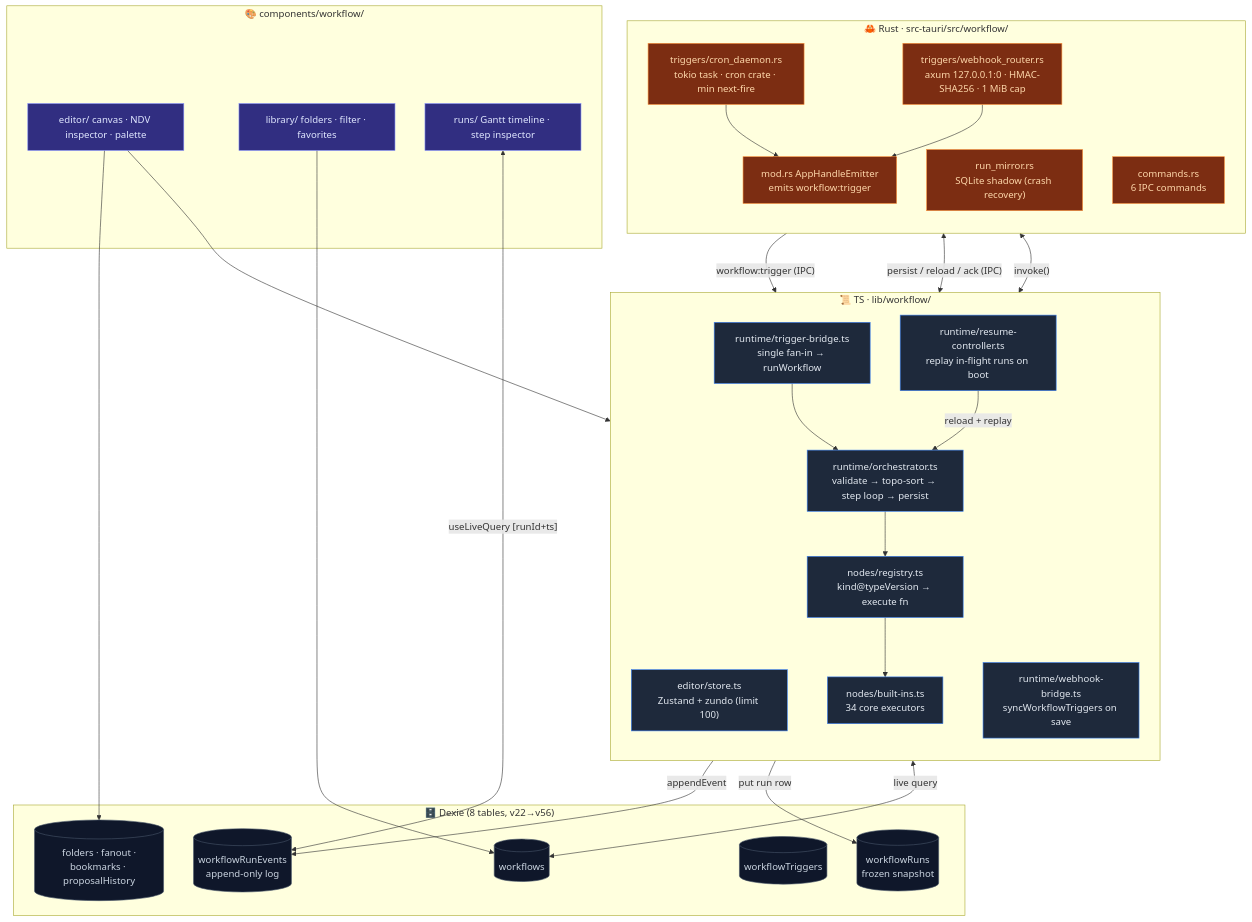
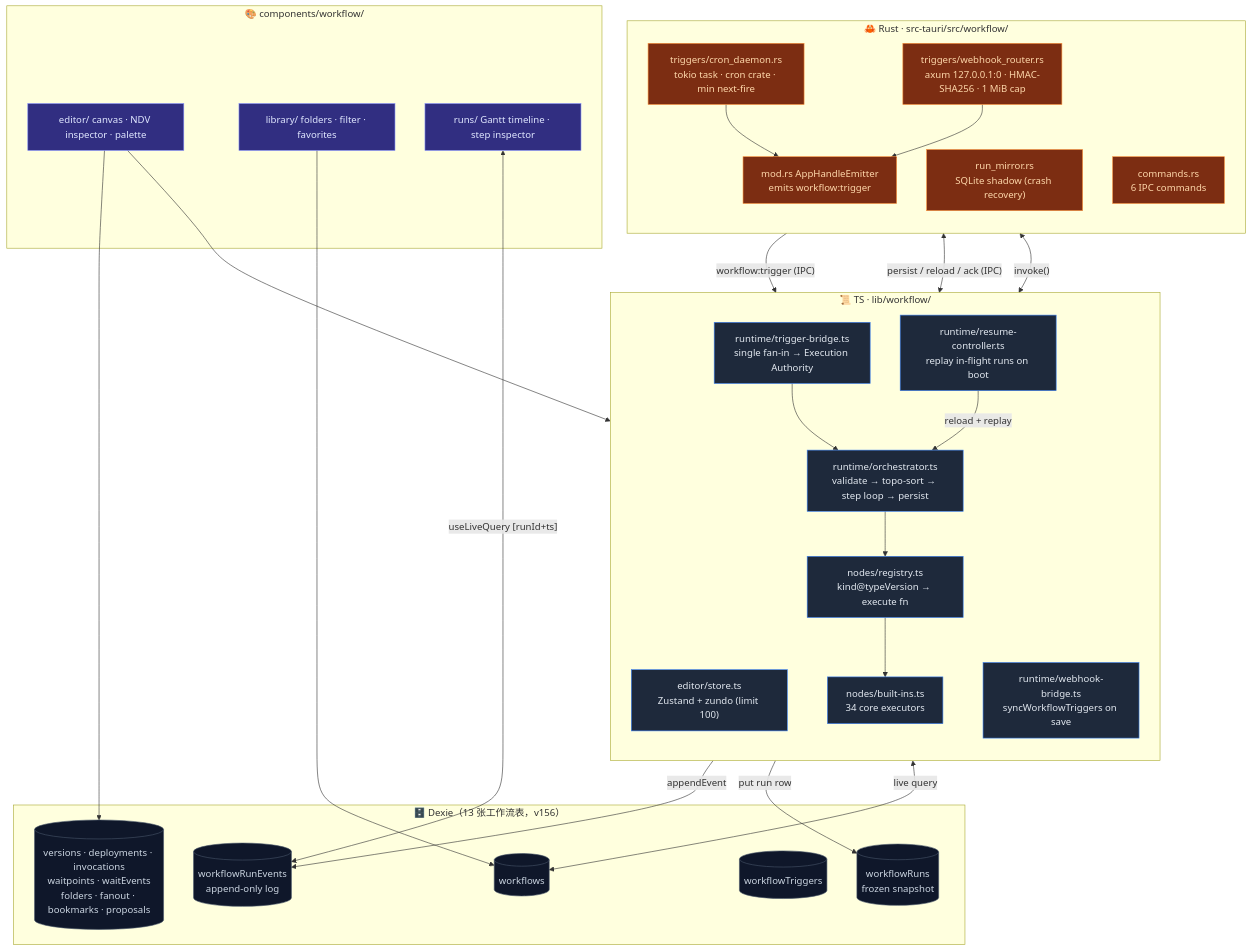
The diagram in docs/content/docs/zh/subsystems/visual-workflows/index.mdx (MaxQian888/cognia-next), drawn with Mermaid before and after one commit. The commit also changed other lines of this file and 93 other files, not shown here.

First line of the commit message:
feat(workflow): persist governed execution state

````diff
--- a/docs/content/docs/zh/subsystems/visual-workflows/index.mdx
+++ b/docs/content/docs/zh/subsystems/visual-workflows/index.mdx
@@ -46,63 +46,63 @@
 ```mermaid
 flowchart TB
   subgraph Rust["🦀 Rust · src-tauri/src/workflow/"]
     direction TB
     Cron["triggers/cron_daemon.rs<br/>tokio task · cron crate · min next-fire"]
     Webhook["triggers/webhook_router.rs<br/>axum 127.0.0.1:0 · HMAC-SHA256 · 1 MiB cap"]
     Mirror["run_mirror.rs<br/>SQLite shadow (crash recovery)"]
     Commands["commands.rs<br/>6 IPC commands"]
     Emitter["mod.rs AppHandleEmitter<br/>emits workflow:trigger"]
   end
 
   subgraph TS["📜 TS · lib/workflow/"]
     direction TB
     Editor["editor/store.ts<br/>Zustand + zundo (limit 100)"]
     Orchestrator["runtime/orchestrator.ts<br/>validate → topo-sort → step loop → persist"]
     Registry["nodes/registry.ts<br/>kind@typeVersion → execute fn"]
     BuiltIns["nodes/built-ins.ts<br/>34 core executors"]
-    TriggerBridge["runtime/trigger-bridge.ts<br/>single fan-in → runWorkflow"]
+    TriggerBridge["runtime/trigger-bridge.ts<br/>single fan-in → Execution Authority"]
     WebhookBridge["runtime/webhook-bridge.ts<br/>syncWorkflowTriggers on save"]
     Resume["runtime/resume-controller.ts<br/>replay in-flight runs on boot"]
   end
 
-  subgraph Storage["🗄️ Dexie (8 tables, v22→v56)"]
+  subgraph Storage["🗄️ Dexie（13 张工作流表，v156）"]
     Workflows[(workflows)]
     Runs[(workflowRuns<br/>frozen snapshot)]
     Events[(workflowRunEvents<br/>append-only log)]
     Triggers[(workflowTriggers)]
-    Aux[(folders · fanout ·<br/>bookmarks · proposalHistory)]
+    Aux[(versions · deployments · invocations<br/>waitpoints · waitEvents<br/>folders · fanout · bookmarks · proposals)]
   end
 
   subgraph UI["🎨 components/workflow/"]
     Canvas["editor/ canvas · NDV inspector · palette"]
     Library["library/ folders · filter · favorites"]
     Runs2["runs/ Gantt timeline · step inspector"]
   end
 
   Cron --> Emitter
   Webhook --> Emitter
   Emitter -- "workflow:trigger (IPC)" --> TriggerBridge
   Mirror <-- "persist / reload / ack (IPC)" --> Orchestrator
   Commands <-- "invoke()" --> WebhookBridge
 
   TriggerBridge --> Orchestrator
   Orchestrator --> Registry --> BuiltIns
   Orchestrator -- "appendEvent" --> Events
   Orchestrator -- "put run row" --> Runs
   Resume -- "reload + replay" --> Orchestrator
   Editor <-- "live query" --> Workflows
   Runs2 <-- "useLiveQuery [runId+ts]" --> Events
 
   Canvas --> Editor
   Library --> Workflows
   Canvas --> Aux
 
   classDef rust fill:#7c2d12,stroke:#fb923c,color:#fed7aa
   classDef ts fill:#1e293b,stroke:#3b82f6,color:#e2e8f0
   classDef storage fill:#0f172a,stroke:#475569,color:#cbd5e1
   classDef ui fill:#312e81,stroke:#818cf8,color:#e0e7ff
   class Cron,Webhook,Mirror,Commands,Emitter rust
   class Editor,Orchestrator,Registry,BuiltIns,TriggerBridge,WebhookBridge,Resume ts
   class Workflows,Runs,Events,Triggers,Aux storage
   class Canvas,Library,Runs2 ui
 ```
````
